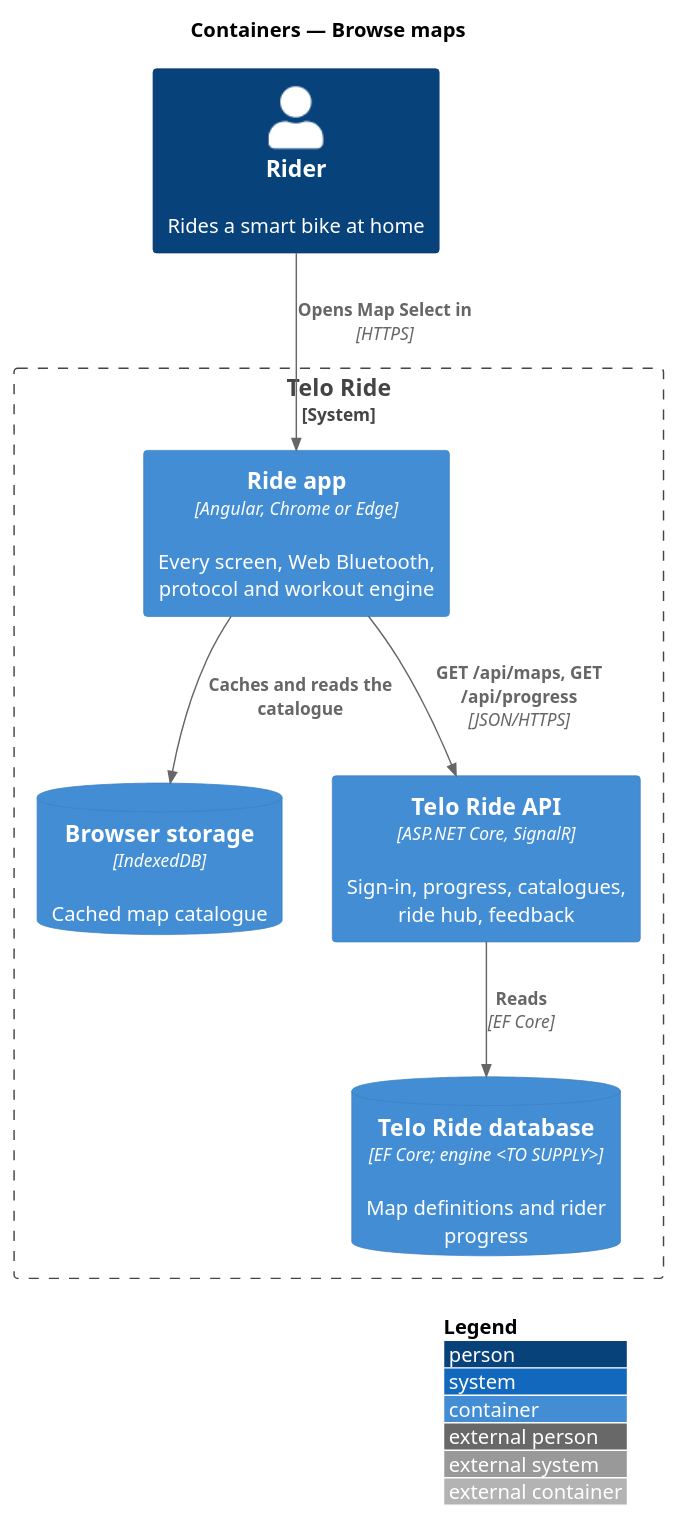
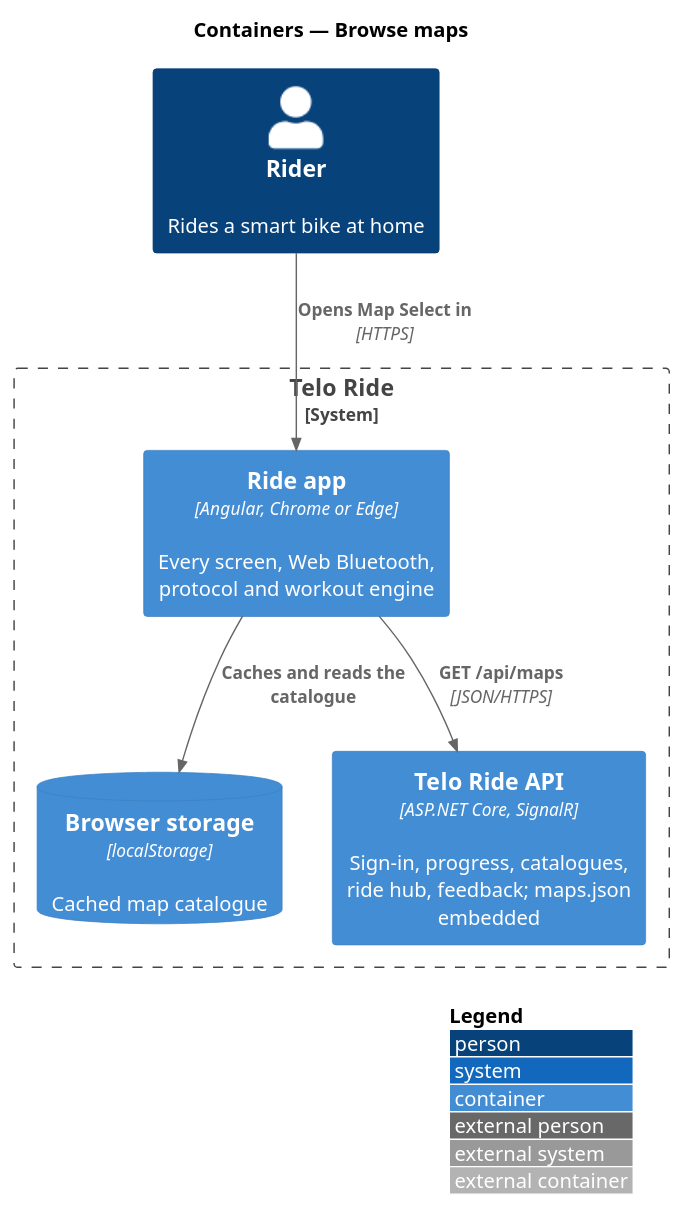
Before and after one commit to QuinntyneBrown/ride-one: the diagram in docs/detailed-designs/race/browse-maps/diagrams/c4-container.puml, drawn with PlantUML. The commit also changed 17 other files, not shown here.

```diff
--- a/docs/detailed-designs/race/browse-maps/diagrams/c4-container.puml
+++ b/docs/detailed-designs/race/browse-maps/diagrams/c4-container.puml
@@ -1,16 +1,14 @@
 @startuml
 !include <C4/C4_Container>
 LAYOUT_WITH_LEGEND()
 title Containers — Browse maps
 Person(rider, "Rider", "Rides a smart bike at home")
 System_Boundary(telo, "Telo Ride") {
   Container(app, "Ride app", "Angular, Chrome or Edge", "Every screen, Web Bluetooth, protocol and workout engine")
-  ContainerDb(idb, "Browser storage", "IndexedDB", "Cached map catalogue")
-  Container(api, "Telo Ride API", "ASP.NET Core, SignalR", "Sign-in, progress, catalogues, ride hub, feedback")
-  ContainerDb(db, "Telo Ride database", "EF Core; engine <TO SUPPLY>", "Map definitions and rider progress")
+  ContainerDb(store, "Browser storage", "localStorage", "Cached map catalogue")
+  Container(api, "Telo Ride API", "ASP.NET Core, SignalR", "Sign-in, progress, catalogues, ride hub, feedback; maps.json embedded")
 }
 Rel(rider, app, "Opens Map Select in", "HTTPS")
-Rel(app, api, "GET /api/maps, GET /api/progress", "JSON/HTTPS")
-Rel(app, idb, "Caches and reads the catalogue")
-Rel(api, db, "Reads", "EF Core")
+Rel(app, api, "GET /api/maps", "JSON/HTTPS")
+Rel(app, store, "Caches and reads the catalogue")
 @enduml
```
